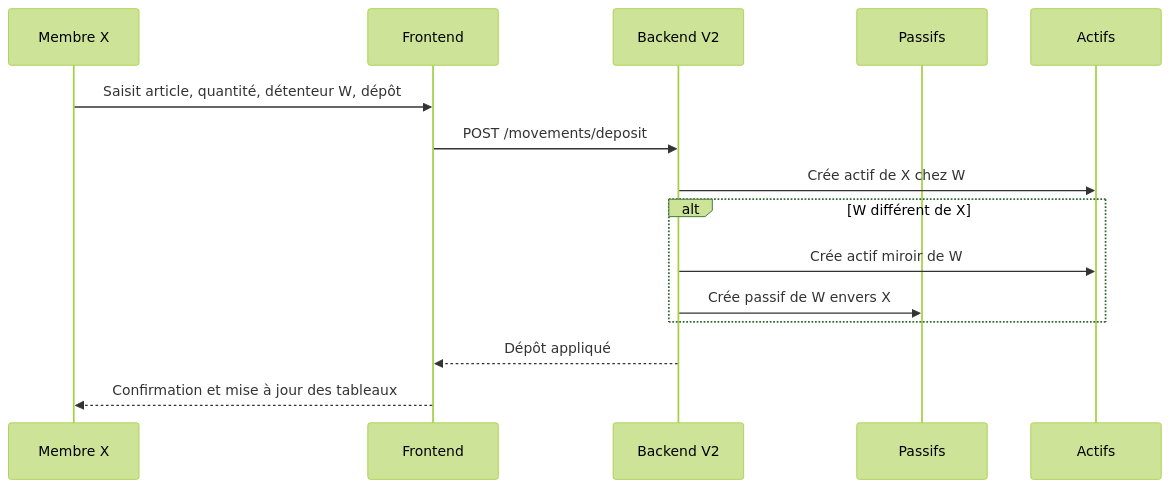
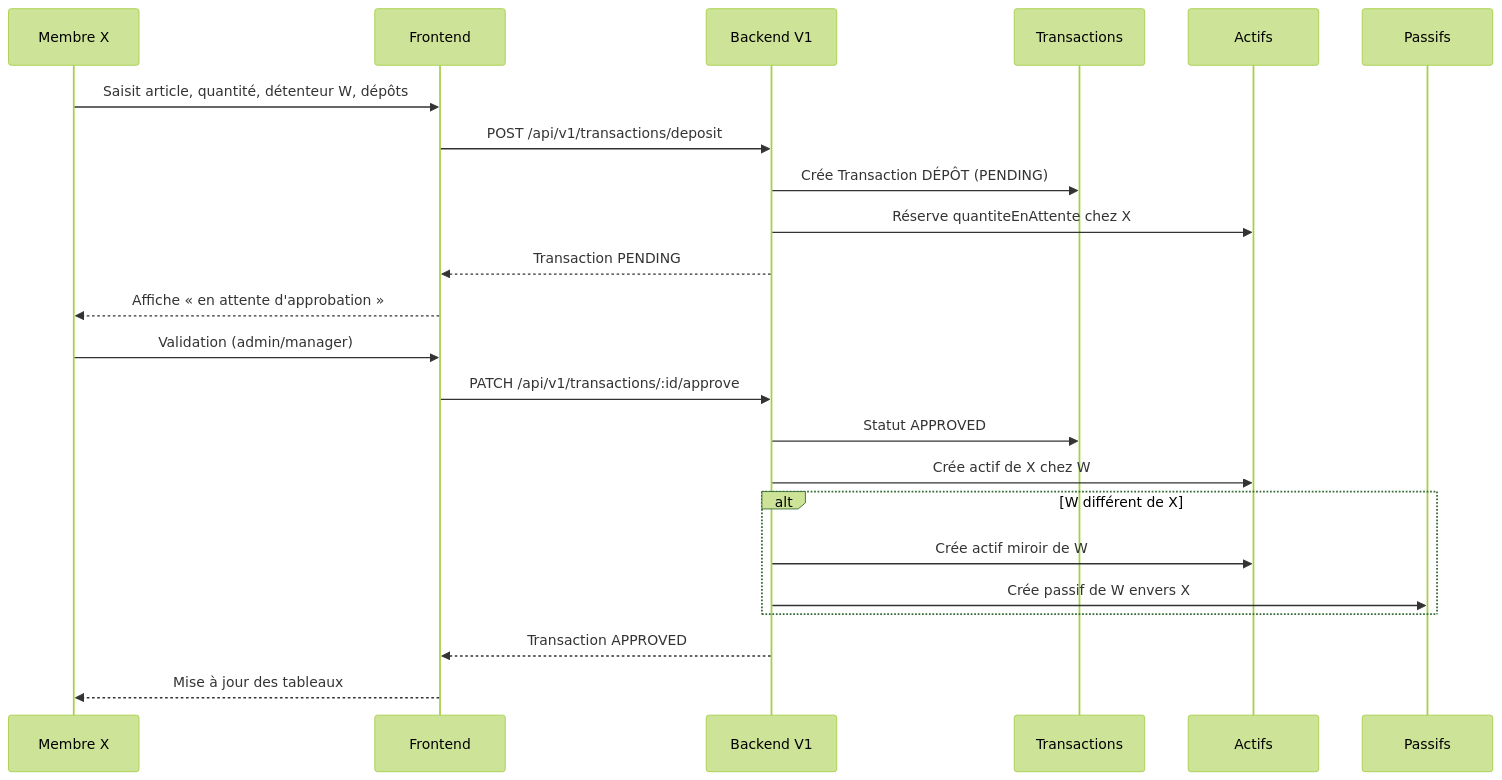
The first of 4 diagrams in docs/tache_02_11_2026.md (raDominique/commercegestion_back), drawn with Mermaid (forest theme) before and after one commit. The commit also changed other lines of this file, not shown here.

Commit message:
feat(docs): update documentation for V1 movements integration and endpoints

````diff
--- a/docs/tache_02_11_2026.md
+++ b/docs/tache_02_11_2026.md
@@ -29,18 +63,26 @@
 ```mermaid
 sequenceDiagram
     participant U as Membre X
     participant F as Frontend
-    participant B as Backend V2
+    participant B as Backend V1
+    participant DB as Transactions
+    participant A as Actifs
     participant P as Passifs
-    participant A as Actifs
 
-    U->>F: Saisit article, quantité, détenteur W, dépôt
-    F->>B: POST /movements/deposit
+    U->>F: Saisit article, quantité, détenteur W, dépôts
+    F->>B: POST /api/v1/transactions/deposit
+    B->>DB: Crée Transaction DÉPÔT (PENDING)
+    B->>A: Réserve quantiteEnAttente chez X
+    B-->>F: Transaction PENDING
+    F-->>U: Affiche « en attente d'approbation »
+    U->>F: Validation (admin/manager)
+    F->>B: PATCH /api/v1/transactions/:id/approve
+    B->>DB: Statut APPROVED
     B->>A: Crée actif de X chez W
     alt W différent de X
         B->>A: Crée actif miroir de W
         B->>P: Crée passif de W envers X
     end
-    B-->>F: Dépôt appliqué
-    F-->>U: Confirmation et mise à jour des tableaux
+    B-->>F: Transaction APPROVED
+    F-->>U: Mise à jour des tableaux
 ```
````
